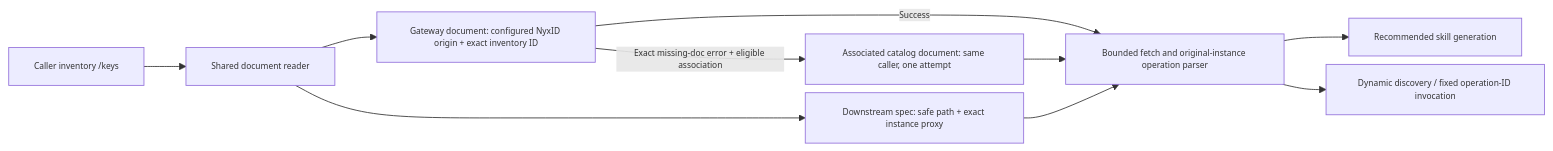
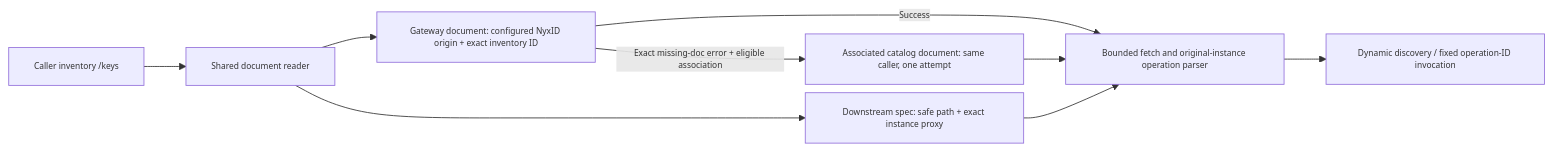
The first of 3 diagrams in docs/canon/nyxid-connected-service-tools.md (aevatarAI/aevatar), drawn with Mermaid before and after one commit. The commit also changed other lines of this file and 5 other files, not shown here.

````diff
--- a/docs/canon/nyxid-connected-service-tools.md
+++ b/docs/canon/nyxid-connected-service-tools.md
@@ -32,13 +32,12 @@
 ```mermaid
 %%{init: {"maxTextSize": 100000, "flowchart": {"useMaxWidth": false, "nodeSpacing": 10, "rankSpacing": 50}, "themeVariables": {"fontSize": "10px"}}}%%
 flowchart LR
     I["Caller inventory /keys"] --> R["Shared document reader"]
     R --> G["Gateway document: configured NyxID origin + exact inventory ID"]
     R --> D["Downstream spec: safe path + exact instance proxy"]
     G -->|"Success"| P["Bounded fetch and original-instance operation parser"]
     G -->|"Exact missing-doc error + eligible association"| C["Associated catalog document: same caller, one attempt"]
     C --> P
     D --> P
-    P --> S["Recommended skill generation"]
     P --> T["Dynamic discovery / fixed operation-ID invocation"]
 ```
````
